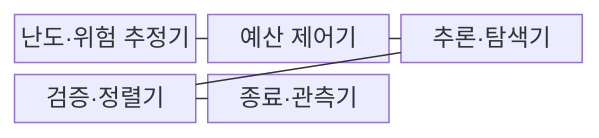
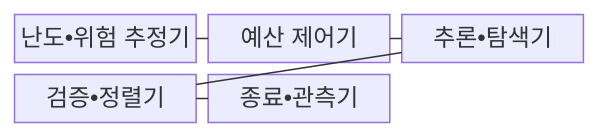
One commit to agnusdei1207/knowledge-base changed the first of 2 diagrams in src/content/docs/notes/08-latest-tech/040_test_time_compute.md. Above: the diagram before and after it, drawn with Mermaid. The commit also changed other lines of this file and 953 other files, not shown here.

````diff
--- a/src/content/docs/notes/08-latest-tech/040_test_time_compute.md
+++ b/src/content/docs/notes/08-latest-tech/040_test_time_compute.md
@@ -73,13 +73,13 @@
 ```mermaid
 block-beta
   columns 3
-  estimator["난도·위험 추정기"]
+  estimator["난도•위험 추정기"]
   budget["예산 제어기"]
-  reasoner["추론·탐색기"]
-  verifier["검증·정렬기"]
-  observer["종료·관측기"]
+  reasoner["추론•탐색기"]
+  verifier["검증•정렬기"]
+  observer["종료•관측기"]
   estimator --- budget
   budget --- reasoner
   reasoner --- verifier
   verifier --- observer
 ```
````
